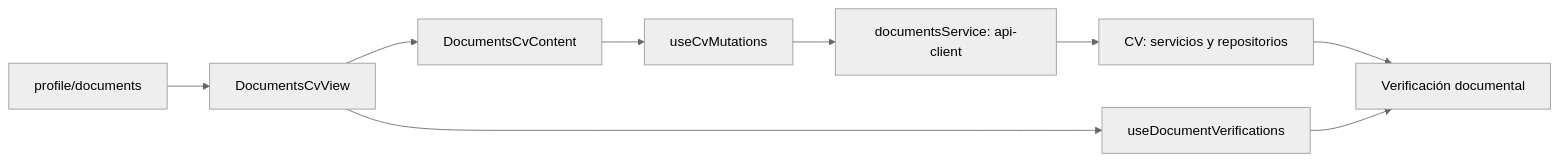
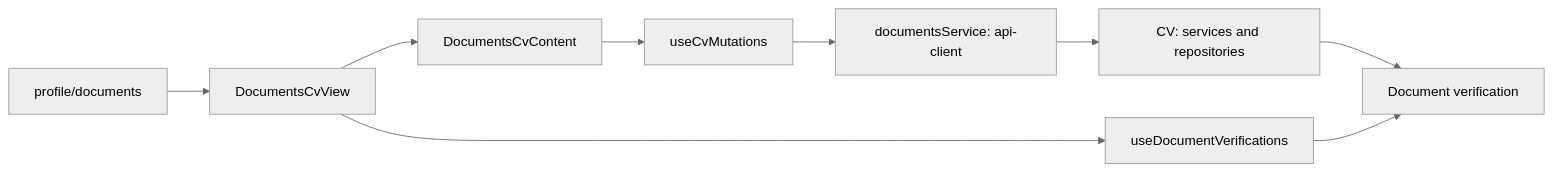
The first of 2 diagrams in docs/cv/README.md (UMSSY/umssy-app), drawn with Mermaid (neutral theme) before and after one commit. The commit also changed other lines of this file and 6 other files, not shown here.

````diff
--- a/docs/cv/README.md
+++ b/docs/cv/README.md
@@ -9,11 +9,11 @@
 ```mermaid
 flowchart LR
   Route[profile/documents] --> View[DocumentsCvView]
   View --> Content[DocumentsCvContent]
   Content --> Mutations[useCvMutations]
   Mutations --> API[documentsService: api-client]
-  API --> Backend[CV: servicios y repositorios]
-  Backend --> Radar[Verificación documental]
+  API --> Backend[CV: services and repositories]
+  Backend --> Radar[Document verification]
   View --> History[useDocumentVerifications]
   History --> Radar
 ```
````
